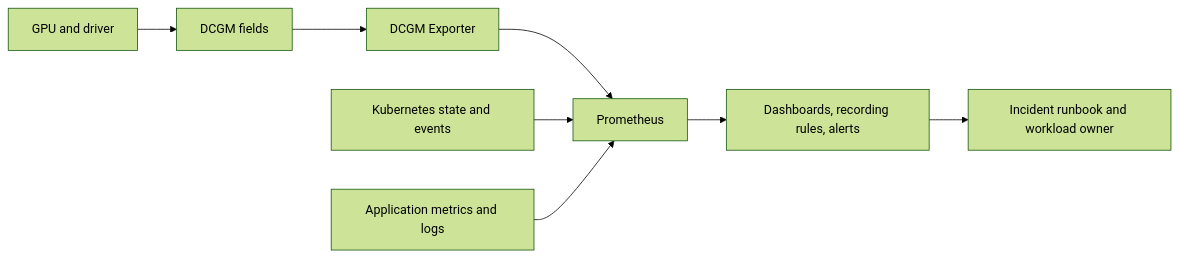
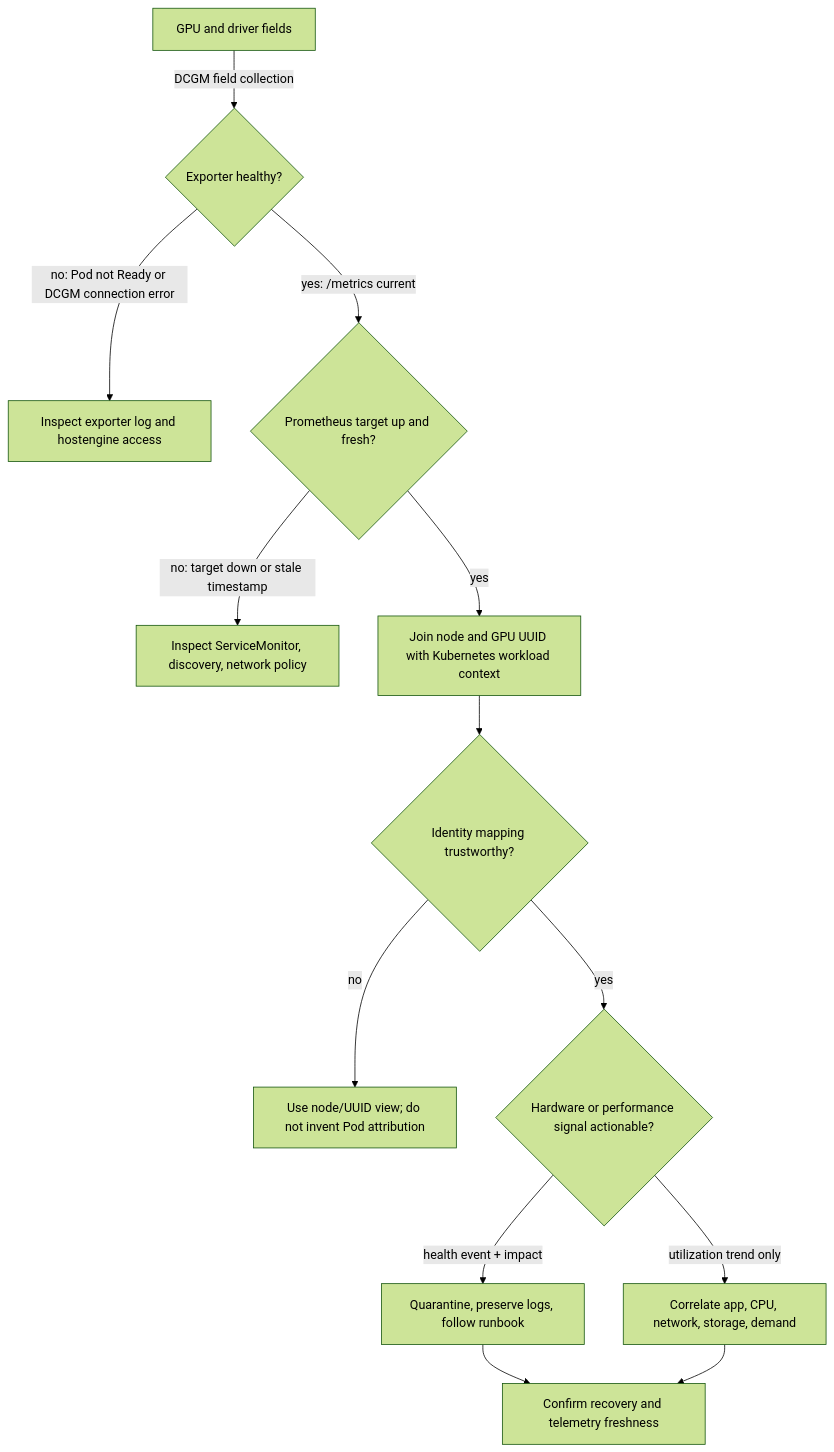
One commit to jithinpnjm/nvidia-devops changed the diagram in docs/nvidia-zero-to-hero/volume-10/chapter-09-gpu-observability-with-dcgm.md. Above: the diagram before and after it, drawn with Mermaid (forest theme). The commit also changed other lines of this file, not shown here.

Commit message:
docs(volume-10): deepen DCGM observability evidence

````diff
--- a/docs/nvidia-zero-to-hero/volume-10/chapter-09-gpu-observability-with-dcgm.md
+++ b/docs/nvidia-zero-to-hero/volume-10/chapter-09-gpu-observability-with-dcgm.md
@@ -26,10 +26,15 @@
 ```mermaid
-flowchart LR
-    GPU[GPU and driver] --> DCGM[DCGM fields]
-    DCGM --> Exporter[DCGM Exporter]
-    Exporter --> Prom[Prometheus]
-    K8s[Kubernetes state and events] --> Prom
-    App[Application metrics and logs] --> Prom
-    Prom --> Alert[Dashboards, recording rules, alerts]
-    Alert --> Runbook[Incident runbook and workload owner]
+flowchart TD
+    GPU[GPU and driver fields] -->|"DCGM field collection"| Exporter{Exporter healthy?}
+    Exporter -->|no: Pod not Ready or DCGM connection error| ExportFix[Inspect exporter log and hostengine access]
+    Exporter -->|yes: /metrics current| Prom{Prometheus target up and fresh?}
+    Prom -->|no: target down or stale timestamp| ScrapeFix[Inspect ServiceMonitor, discovery, network policy]
+    Prom -->|yes| Join[Join node and GPU UUID with Kubernetes workload context]
+    Join --> Context{Identity mapping trustworthy?}
+    Context -->|no| IdentityFix[Use node/UUID view; do not invent Pod attribution]
+    Context -->|yes| Signal{Hardware or performance signal actionable?}
+    Signal -->|health event + impact| Incident[Quarantine, preserve logs, follow runbook]
+    Signal -->|utilization trend only| Diagnose[Correlate app, CPU, network, storage, demand]
+    Incident --> Verify[Confirm recovery and telemetry freshness]
+    Diagnose --> Verify
 ```
````
